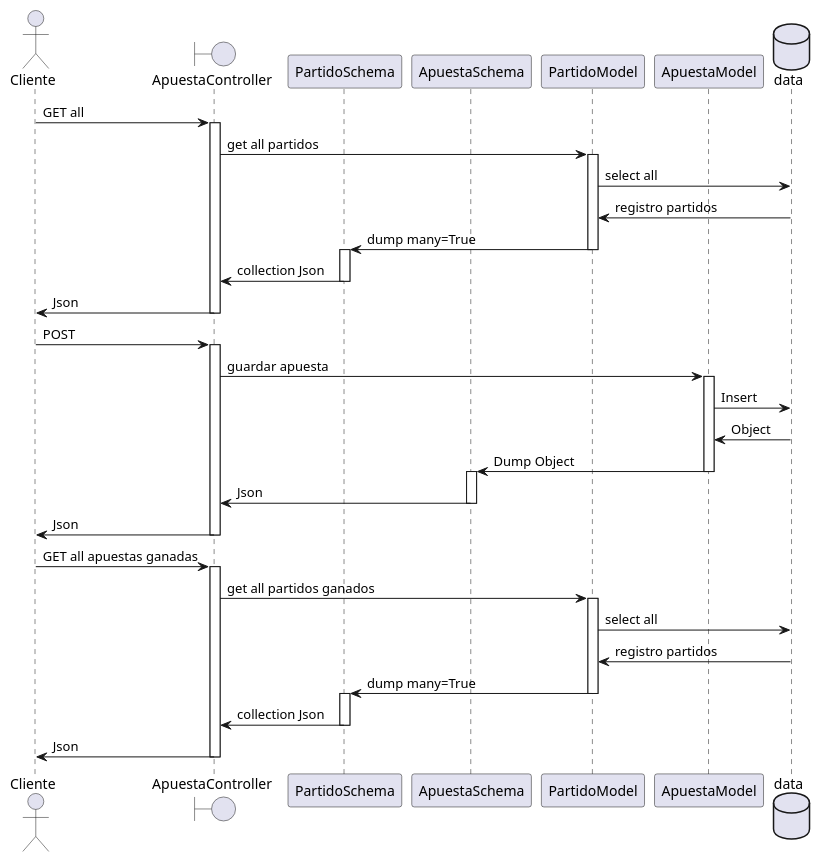
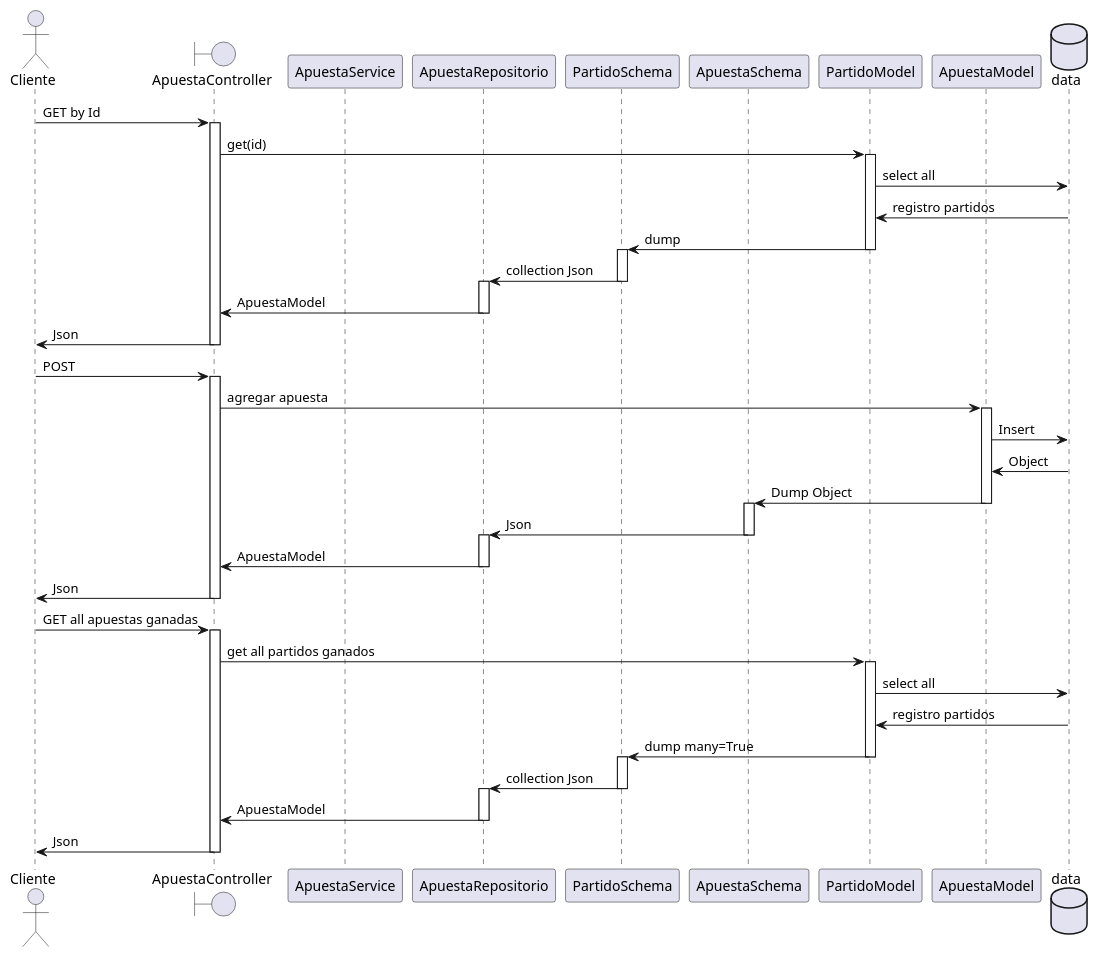
Before and after one commit to GastonFenske/Bookmaker-DS: the diagram in docs/diagrama_secuencia_apuestas.puml, drawn with PlantUML. The commit also changed 4 other files, not shown here.

Commit message:
diagramas listos

```diff
--- a/docs/diagrama_secuencia_apuestas.puml
+++ b/docs/diagrama_secuencia_apuestas.puml
@@ -1,53 +1,64 @@
 @startuml
 
 actor Cliente
 boundary ApuestaController
+participant ApuestaService
+participant ApuestaRepositorio
 participant PartidoSchema
 participant ApuestaSchema
 participant PartidoModel
 participant ApuestaModel
 database data
 
-Cliente -> ApuestaController: GET all
+Cliente -> ApuestaController: GET by Id
 activate ApuestaController
-ApuestaController -> PartidoModel: get all partidos 
+ApuestaController -> PartidoModel: get(id)
 activate PartidoModel
 PartidoModel -> data: select all
 PartidoModel <- data: registro partidos 
-PartidoSchema <- PartidoModel: dump many=True
+PartidoSchema <- PartidoModel: dump
 deactivate PartidoModel
 activate PartidoSchema
-PartidoSchema -> ApuestaController: collection Json
+PartidoSchema -> ApuestaRepositorio: collection Json
 deactivate PartidoSchema
+activate ApuestaRepositorio
+ApuestaController <- ApuestaRepositorio: ApuestaModel
+deactivate ApuestaRepositorio
 Cliente <- ApuestaController: Json
 deactivate ApuestaController
 
 Cliente -> ApuestaController: POST
 activate ApuestaController
-ApuestaController -> ApuestaModel: guardar apuesta
+ApuestaController -> ApuestaModel: agregar apuesta
 activate ApuestaModel
 ApuestaModel -> data: Insert
 ApuestaModel <- data: Object
 ApuestaSchema <- ApuestaModel: Dump Object
 deactivate ApuestaModel
 activate ApuestaSchema
-ApuestaSchema -> ApuestaController: Json
+ApuestaSchema -> ApuestaRepositorio: Json
 deactivate ApuestaSchema
+activate ApuestaRepositorio
+ApuestaController <- ApuestaRepositorio: ApuestaModel
+deactivate ApuestaRepositorio
 Cliente <- ApuestaController: Json
 deactivate ApuestaController
 
 Cliente -> ApuestaController: GET all apuestas ganadas
 activate ApuestaController
 ApuestaController -> PartidoModel: get all partidos ganados
 activate PartidoModel
 PartidoModel -> data: select all
 PartidoModel <- data: registro partidos 
 PartidoSchema <- PartidoModel: dump many=True
 deactivate PartidoModel
 activate PartidoSchema
-PartidoSchema -> ApuestaController: collection Json
+PartidoSchema -> ApuestaRepositorio: collection Json
 deactivate PartidoSchema
+activate ApuestaRepositorio
+ApuestaController <- ApuestaRepositorio: ApuestaModel
+deactivate ApuestaRepositorio
 Cliente <- ApuestaController: Json
 deactivate ApuestaController
 
 @enduml
```
